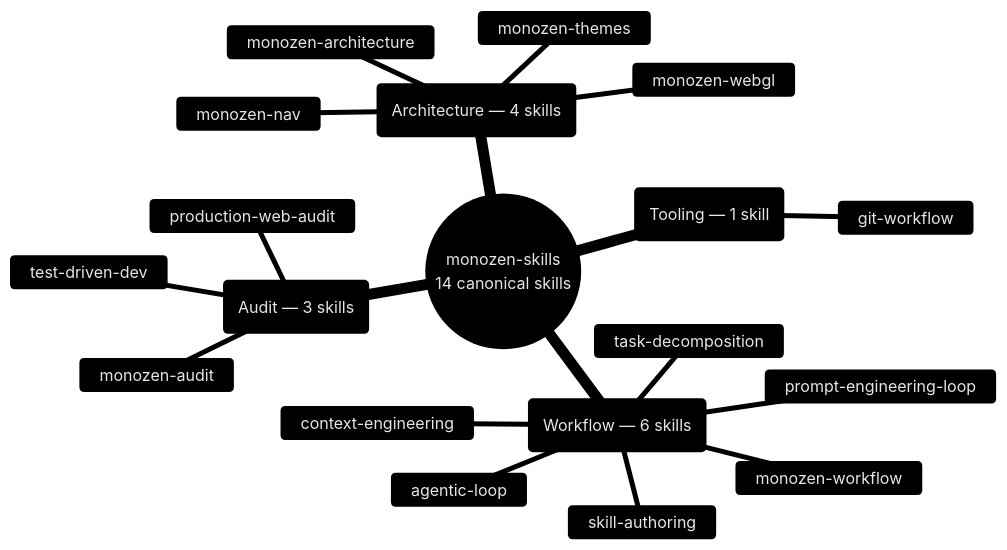
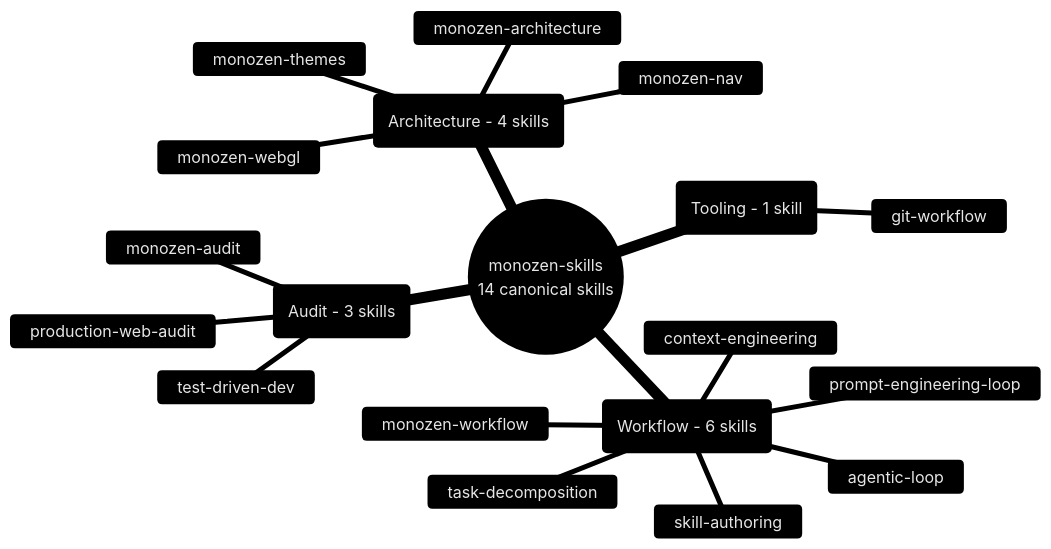
The diagram in assets/skill-taxonomy.mmd (8-BitRhyon/monozen-skills), drawn with Mermaid before and after one commit. The commit also changed 7 other files, not shown here.

```diff
--- a/assets/skill-taxonomy.mmd
+++ b/assets/skill-taxonomy.mmd
@@ -1,22 +1,22 @@
 %%{init: {'theme': 'base', 'themeVariables': {'primaryColor': '#1a1a2e', 'primaryTextColor': '#e6e6e6', 'primaryBorderColor': '#8b7eff', 'lineColor': '#5a5a8a', 'secondaryColor': '#12132b', 'tertiaryColor': '#0b0c15', 'fontFamily': 'Inter, system-ui, sans-serif'}}}%%
 
 mindmap
   root((monozen-skills<br/>14 canonical skills))
-    ::_(Workflow — 6 skills)
+    ::_(Workflow - 6 skills)
       agentic-loop
       monozen-workflow
       task-decomposition
       context-engineering
       prompt-engineering-loop
       skill-authoring
-    ::_(Audit — 3 skills)
+    ::_(Audit - 3 skills)
       monozen-audit
       production-web-audit
       test-driven-dev
-    ::_(Architecture — 4 skills)
+    ::_(Architecture - 4 skills)
       monozen-architecture
       monozen-themes
       monozen-webgl
       monozen-nav
-    ::_(Tooling — 1 skill)
+    ::_(Tooling - 1 skill)
       git-workflow
```
